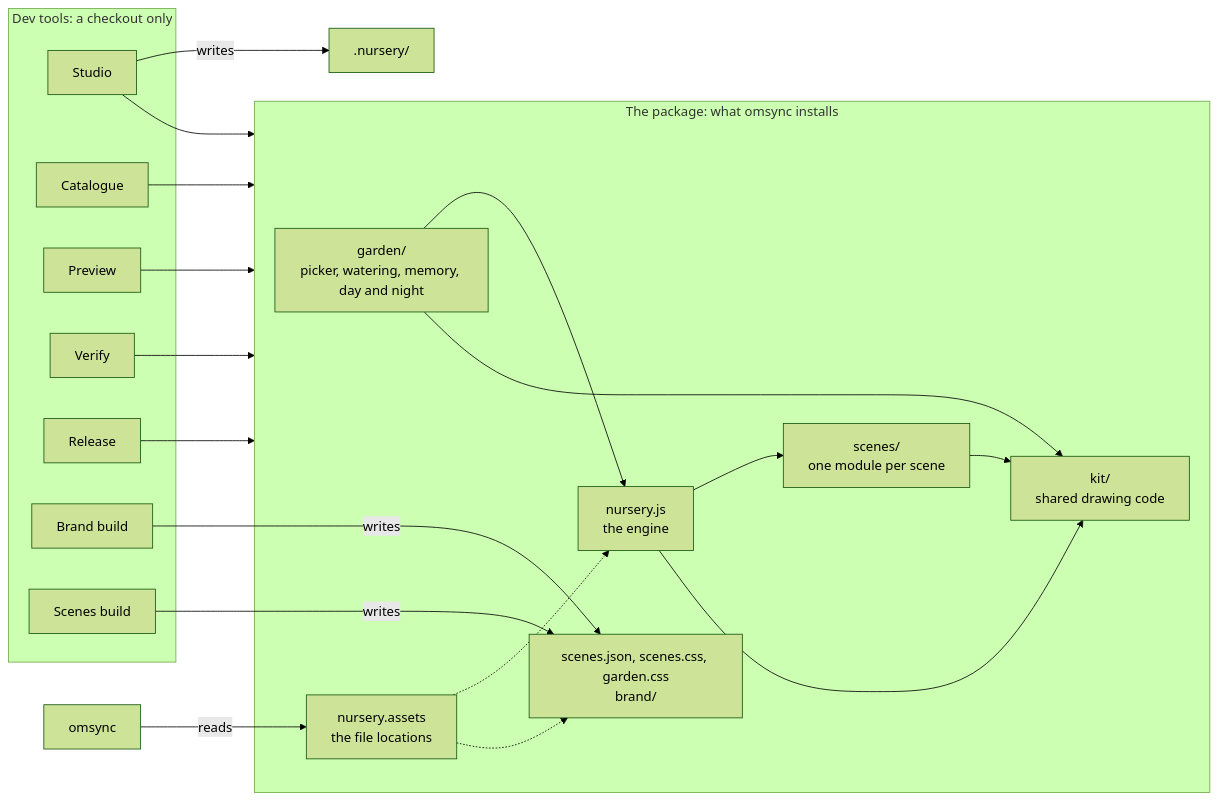
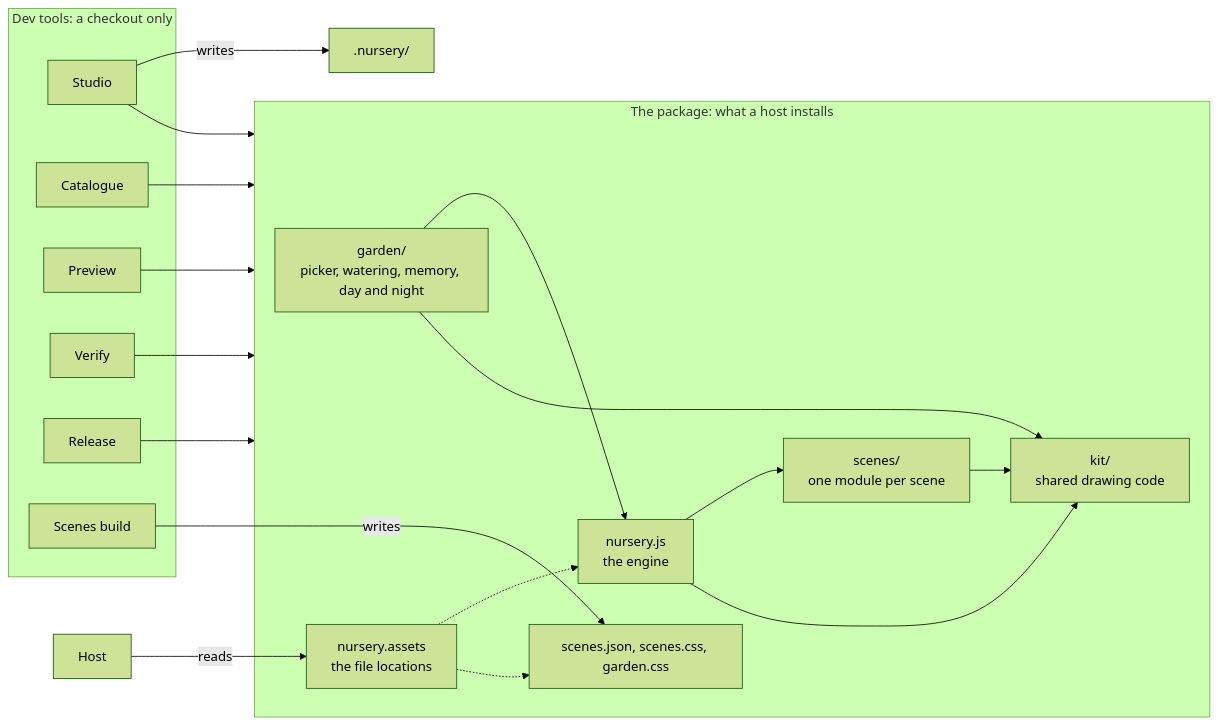
Before and after one commit to spinningyoyo/omsync-nursery: the first of 5 diagrams in docs/overview.md, drawn with Mermaid (forest theme). The commit also changed other lines of this file and 33 other files, not shown here.

````diff
--- a/docs/overview.md
+++ b/docs/overview.md
@@ -13,31 +17,29 @@
 ```mermaid
 flowchart LR
-    subgraph Package ["The package: what omsync installs"]
+    subgraph Package ["The package: what a host installs"]
         Garden["garden/<br/>picker, watering, memory, day and night"] --> Engine
         Engine["nursery.js<br/>the engine"] --> Scenes["scenes/<br/>one module per scene"]
         Engine --> Kit["kit/<br/>shared drawing code"]
         Garden --> Kit
         Scenes --> Kit
-        Files["scenes.json, scenes.css, garden.css<br/>brand/"]
+        Files["scenes.json, scenes.css, garden.css"]
         Assets["nursery.assets<br/>the file locations"] -.-> Engine
         Assets -.-> Files
     end
     subgraph Tools ["Dev tools: a checkout only"]
         Studio
         Catalogue
         Preview
         Verify
         Release
-        BrandBuild["Brand build"]
         ScenesBuild["Scenes build"]
     end
     Studio --> Package
     Catalogue --> Package
     Preview --> Package
     Verify --> Package
     Release --> Package
-    BrandBuild -- writes --> Files
     ScenesBuild -- writes --> Files
     Studio -- writes --> Work[".nursery/"]
-    omsync -- reads --> Assets
+    Host -- reads --> Assets
 ```
````
